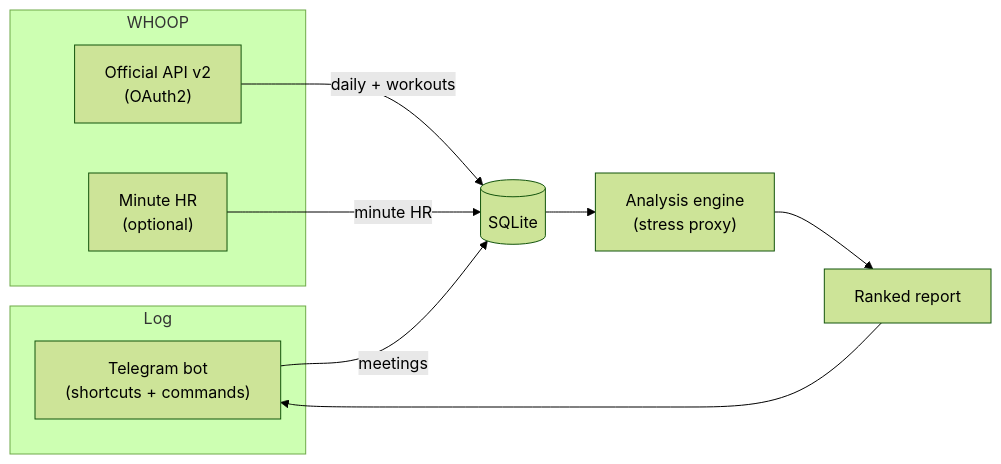
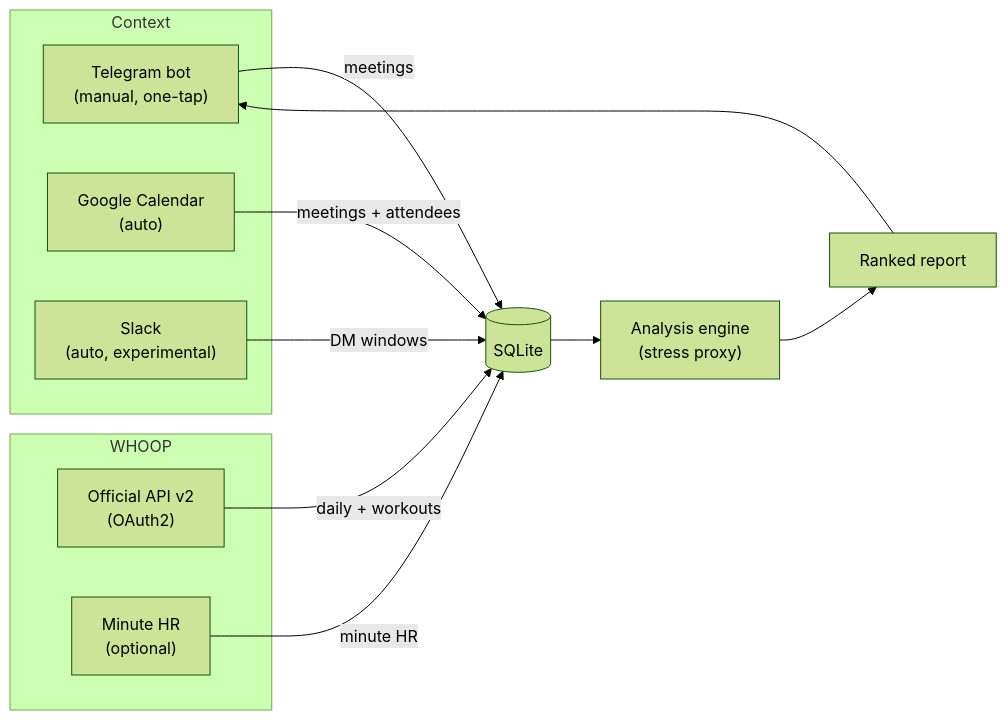
Before and after one commit to archixusa/who-stresses-me-out: the second of 2 diagrams in README.md, drawn with Mermaid (forest theme). The commit also changed other lines of this file and 13 other files, not shown here.

First line of the commit message:
feat: automatic context from Google Calendar & Slack + cleaner banner

````diff
--- a/README.md
+++ b/README.md
@@ -99,16 +102,20 @@
 ```mermaid
 flowchart LR
-  subgraph Log
-    TG["Telegram bot<br/>(shortcuts + commands)"]
+  subgraph Context
+    TG["Telegram bot<br/>(manual, one-tap)"]
+    CAL["Google Calendar<br/>(auto)"]
+    SL["Slack<br/>(auto, experimental)"]
   end
   subgraph WHOOP
     OA["Official API v2<br/>(OAuth2)"]
     UN["Minute HR<br/>(optional)"]
   end
   TG -->|meetings| DB[("SQLite")]
+  CAL -->|meetings + attendees| DB
+  SL -->|DM windows| DB
   OA -->|daily + workouts| DB
   UN -->|minute HR| DB
   DB --> AN["Analysis engine<br/>(stress proxy)"]
   AN --> RP["Ranked report"]
   RP --> TG
 ```
````
